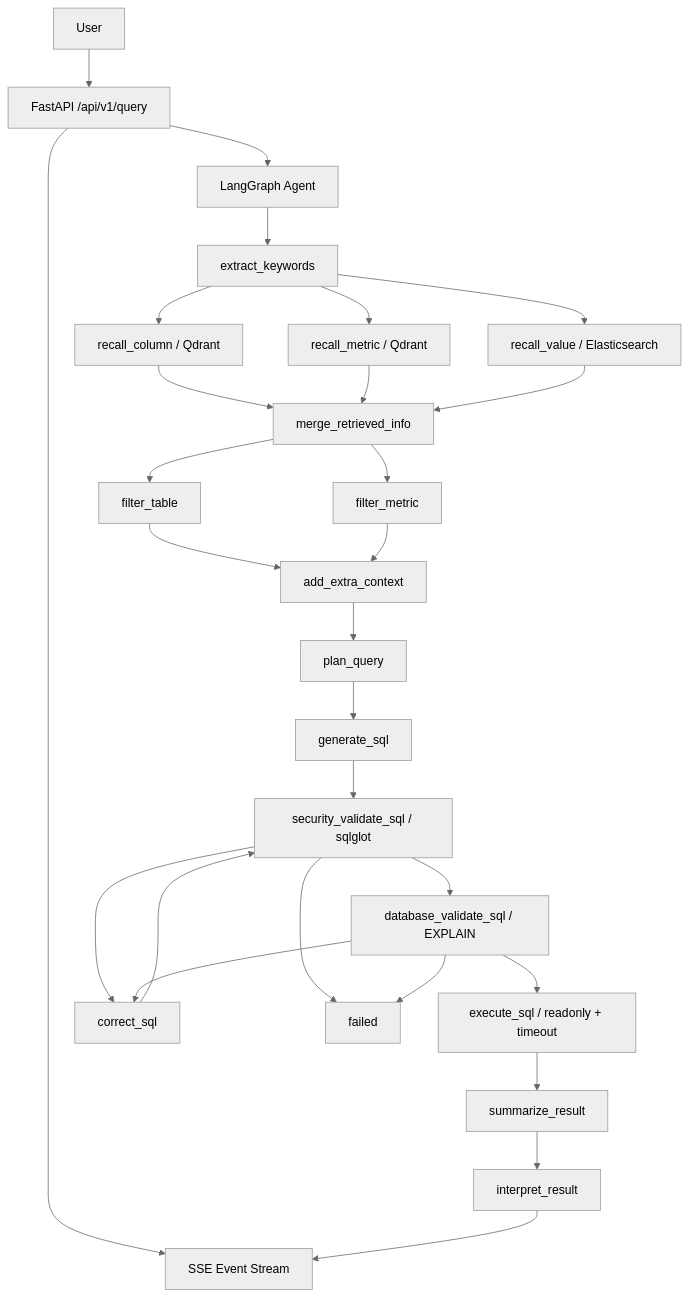
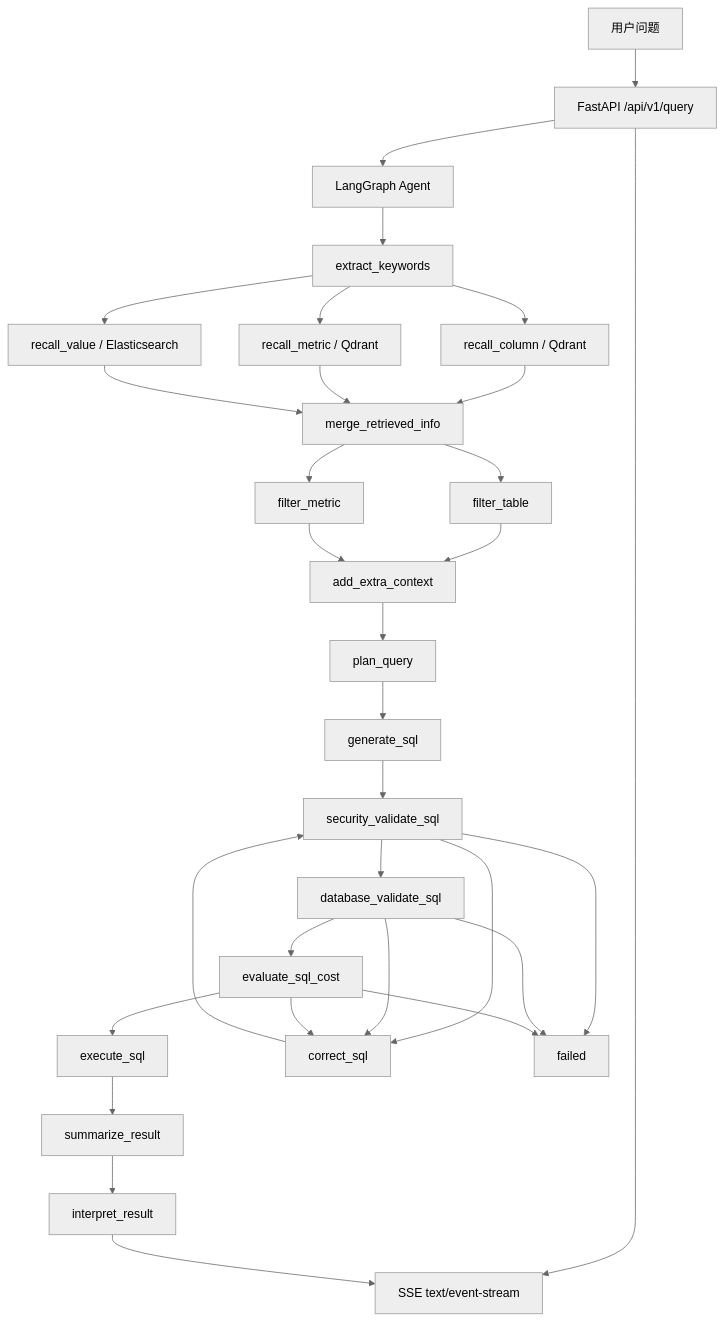
One commit to qiuganga/wenshu_agent changed the diagram in README.md. Above: the diagram before and after it, drawn with Mermaid (neutral theme). The commit also changed other lines of this file and 5 other files, not shown here.

````diff
--- a/README.md
+++ b/README.md
@@ -7,30 +45,33 @@
 ```mermaid
 flowchart TD
-    U[User] --> API[FastAPI /api/v1/query]
-    API --> SSE[SSE Event Stream]
-    API --> G[LangGraph Agent]
-    G --> K[extract_keywords]
-    K --> C[recall_column / Qdrant]
-    K --> M[recall_metric / Qdrant]
-    K --> V[recall_value / Elasticsearch]
-    C --> Merge[merge_retrieved_info]
+    U["用户问题"] --> API["FastAPI /api/v1/query"]
+    API --> SSE["SSE text/event-stream"]
+    API --> G["LangGraph Agent"]
+    G --> K["extract_keywords"]
+    K --> C["recall_column / Qdrant"]
+    K --> M["recall_metric / Qdrant"]
+    K --> V["recall_value / Elasticsearch"]
+    C --> Merge["merge_retrieved_info"]
     M --> Merge
     V --> Merge
-    Merge --> FT[filter_table]
-    Merge --> FM[filter_metric]
-    FT --> CTX[add_extra_context]
+    Merge --> FT["filter_table"]
+    Merge --> FM["filter_metric"]
+    FT --> CTX["add_extra_context"]
     FM --> CTX
-    CTX --> PLAN[plan_query]
-    PLAN --> GEN[generate_sql]
-    GEN --> SEC[security_validate_sql / sqlglot]
-    SEC --> DBV[database_validate_sql / EXPLAIN]
-    DBV --> EXE[execute_sql / readonly + timeout]
-    SEC --> COR[correct_sql]
+    CTX --> PLAN["plan_query"]
+    PLAN --> GEN["generate_sql"]
+    GEN --> SEC["security_validate_sql"]
+    SEC --> DBV["database_validate_sql"]
+    DBV --> COST["evaluate_sql_cost"]
+    COST --> EXE["execute_sql"]
+    SEC --> COR["correct_sql"]
     DBV --> COR
+    COST --> COR
     COR --> SEC
-    SEC --> FAIL[failed]
+    SEC --> FAIL["failed"]
     DBV --> FAIL
-    EXE --> SUM[summarize_result]
-    SUM --> INT[interpret_result]
+    COST --> FAIL
+    EXE --> SUM["summarize_result"]
+    SUM --> INT["interpret_result"]
     INT --> SSE
 ```
````
